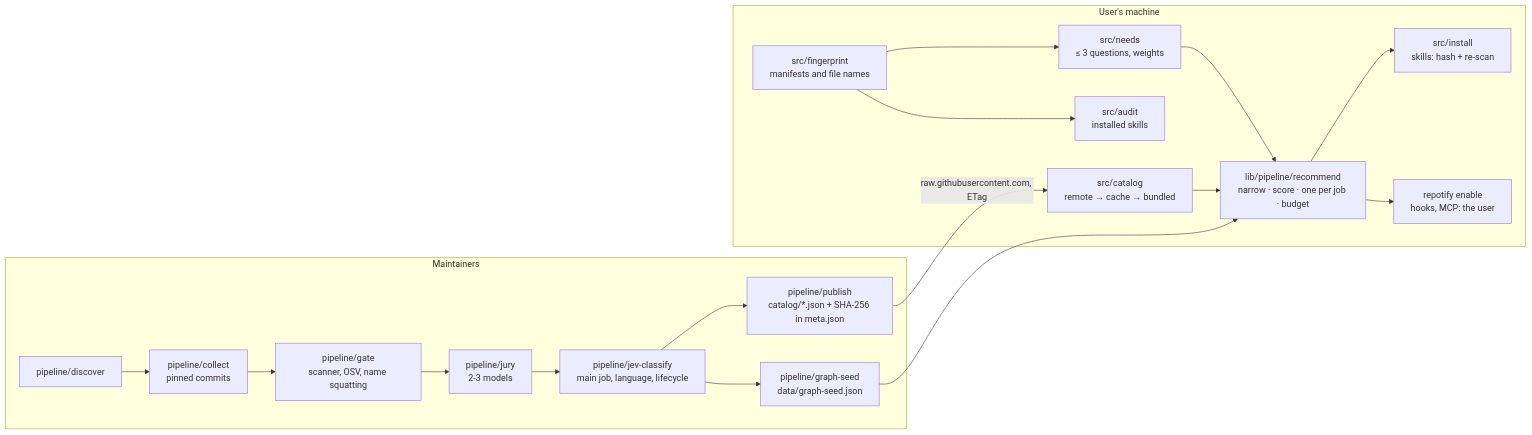
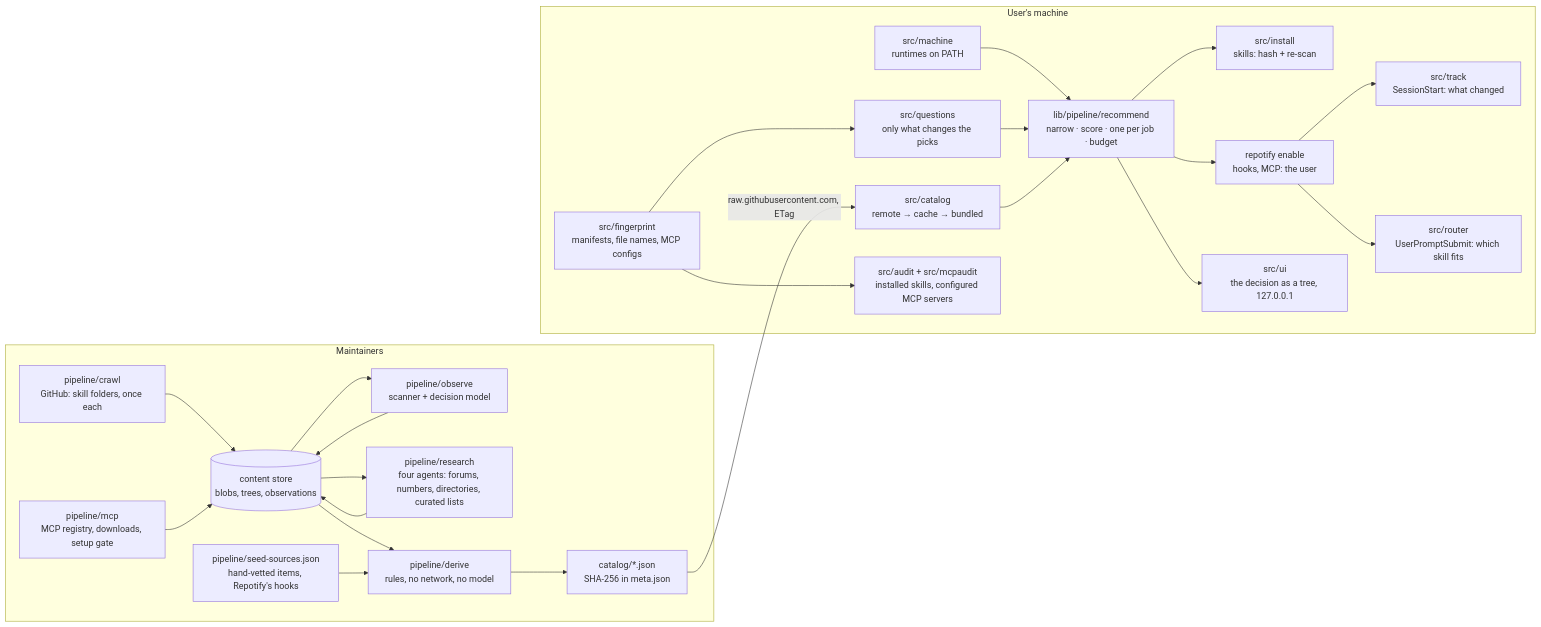
The diagram in docs/ARCHITECTURE.md (repotify/repotify), drawn with Mermaid before and after one commit. The commit also changed other lines of this file and 34 other files, not shown here.

````diff
--- a/docs/ARCHITECTURE.md
+++ b/docs/ARCHITECTURE.md
@@ -7,21 +7,27 @@
 ```mermaid
 flowchart LR
   subgraph Maintainers
-    D[pipeline/discover] --> C[pipeline/collect<br/>pinned commits]
-    C --> G[pipeline/gate<br/>scanner, OSV, name squatting]
-    G --> J[pipeline/jury<br/>2-3 models]
-    J --> K[pipeline/jev-classify<br/>main job, language, lifecycle]
-    K --> P[pipeline/publish<br/>catalog/*.json + SHA-256 in meta.json]
-    K --> M[pipeline/graph-seed<br/>data/graph-seed.json]
+    CR[pipeline/crawl<br/>GitHub: skill folders, once each] --> ST[(content store<br/>blobs, trees, observations)]
+    MC[pipeline/mcp<br/>MCP registry, downloads, setup gate] --> ST
+    ST --> OB[pipeline/observe<br/>scanner + decision model]
+    ST --> RS[pipeline/research<br/>four agents: forums, numbers, directories, curated lists]
+    OB --> ST
+    RS --> ST
+    ST --> DV[pipeline/derive<br/>rules, no network, no model]
+    SE[pipeline/seed-sources.json<br/>hand-vetted items, Repotify's hooks] --> DV
+    DV --> P[catalog/*.json<br/>SHA-256 in meta.json]
   end
   P -->|raw.githubusercontent.com, ETag| L[src/catalog<br/>remote → cache → bundled]
   subgraph "User's machine"
-    F[src/fingerprint<br/>manifests and file names] --> N[src/needs<br/>≤ 3 questions, weights]
-    N --> R[lib/pipeline/recommend<br/>narrow · score · one per job · budget]
+    F[src/fingerprint<br/>manifests, file names, MCP configs] --> Q[src/questions<br/>only what changes the picks]
+    MA[src/machine<br/>runtimes on PATH] --> R
+    Q --> R[lib/pipeline/recommend<br/>narrow · score · one per job · budget]
     L --> R
-    M --> R
     R --> I[src/install<br/>skills: hash + re-scan]
     R --> E[repotify enable<br/>hooks, MCP: the user]
-    F --> A[src/audit<br/>installed skills]
+    R --> U[src/ui<br/>the decision as a tree, 127.0.0.1]
+    F --> A[src/audit + src/mcpaudit<br/>installed skills, configured MCP servers]
+    E --> T[src/track<br/>SessionStart: what changed]
+    E --> RO[src/router<br/>UserPromptSubmit: which skill fits]
   end
 ```
````
